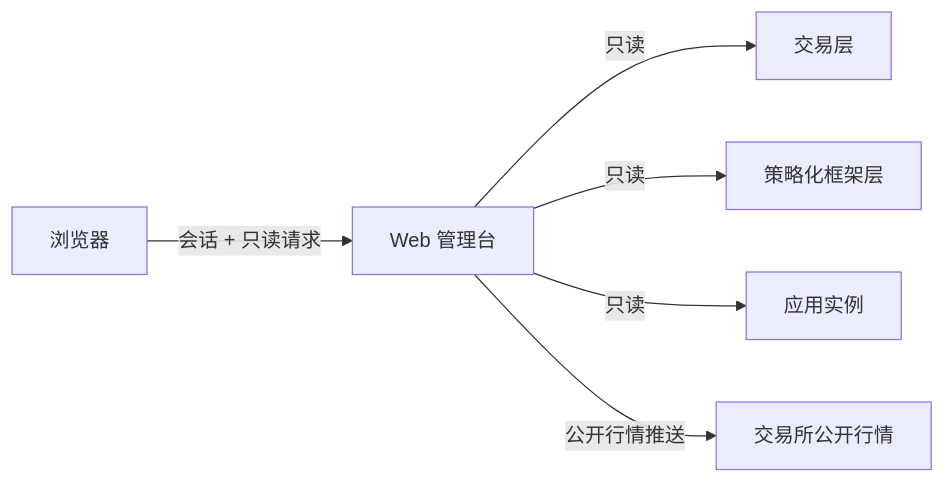
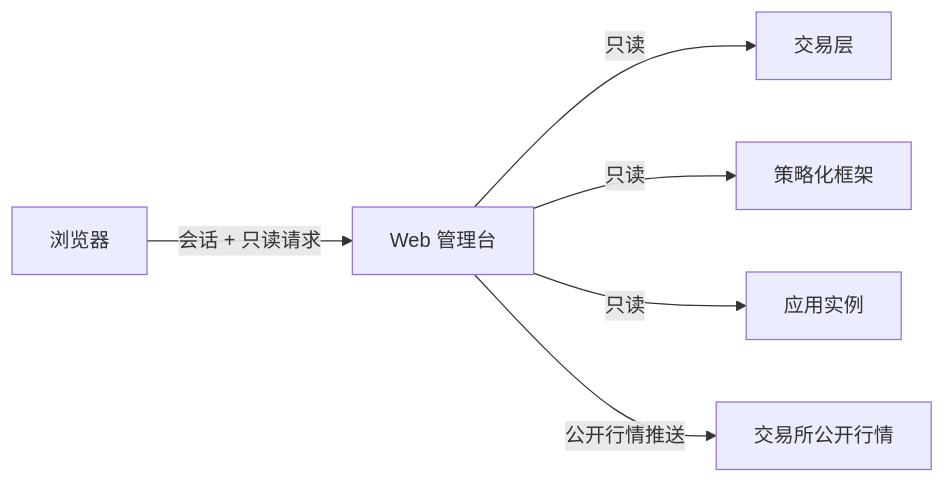
One commit to AceNanako0721/Factorforge changed the diagram in doc/04_Web管理台式样书.md. Above: the diagram before and after it, drawn with Mermaid. The commit also changed other lines of this file and 428 other files, not shown here.

````diff
--- a/doc/04_Web管理台式样书.md
+++ b/doc/04_Web管理台式样书.md
@@ -18,8 +18,8 @@
 ```mermaid
 flowchart LR
   B[浏览器] -->|会话 + 只读请求| C[Web 管理台]
   C -->|只读| P1[交易层]
-  C -->|只读| P2[策略化框架层]
+  C -->|只读| P2[策略化框架]
   C -->|只读| P3[应用实例]
   C -->|公开行情推送| V[交易所公开行情]
 ```
````
